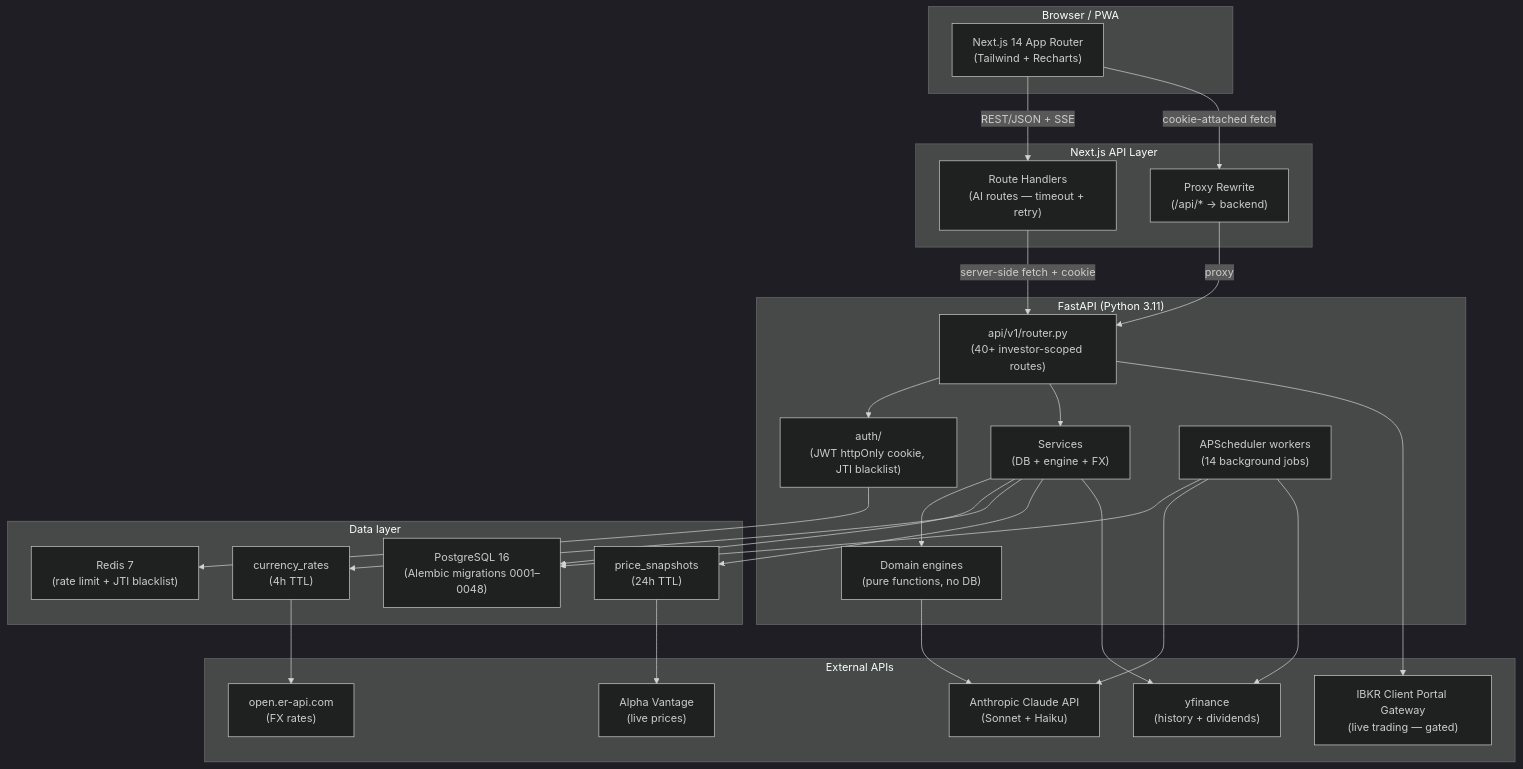
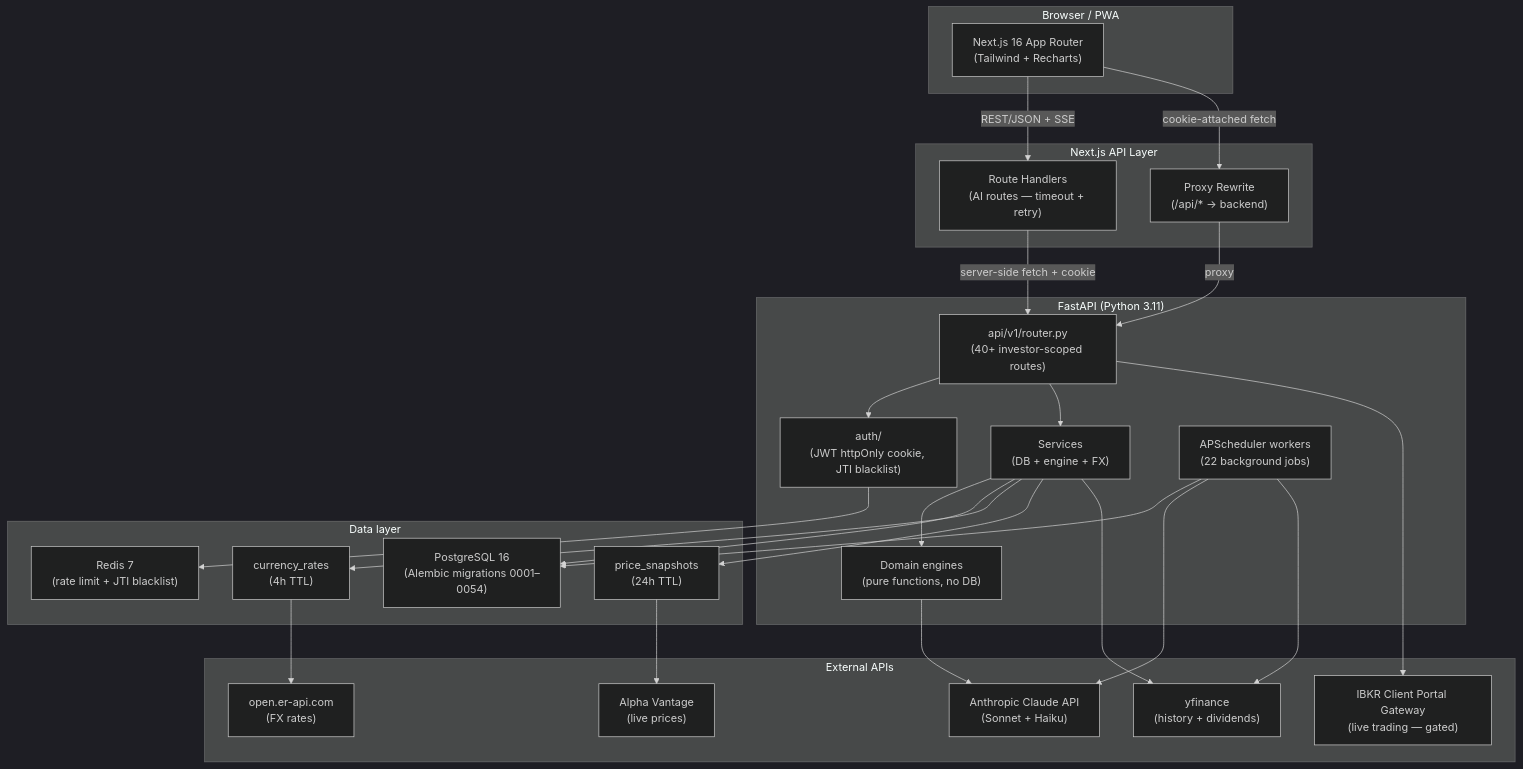
The diagram in docs/architecture.md (erezrozenbaum/tradeops), drawn with Mermaid (dark theme) before and after one commit. The commit also changed other lines of this file and 12 other files, not shown here.

````diff
--- a/docs/architecture.md
+++ b/docs/architecture.md
@@ -30,54 +30,54 @@
 ```mermaid
 flowchart TD
     subgraph Client["Browser / PWA"]
-        UI["Next.js 14 App Router\n(Tailwind + Recharts)"]
+        UI["Next.js 16 App Router\n(Tailwind + Recharts)"]
     end
 
     subgraph Gateway["Next.js API Layer"]
         RH["Route Handlers\n(AI routes — timeout + retry)"]
         PX["Proxy Rewrite\n(/api/* → backend)"]
     end
 
     subgraph Backend["FastAPI (Python 3.11)"]
         API["api/v1/router.py\n(40+ investor-scoped routes)"]
         AUTH["auth/\n(JWT httpOnly cookie, JTI blacklist)"]
         ENG["Domain engines\n(pure functions, no DB)"]
         SVC["Services\n(DB + engine + FX)"]
-        WRK["APScheduler workers\n(14 background jobs)"]
+        WRK["APScheduler workers\n(22 background jobs)"]
     end
 
     subgraph Data["Data layer"]
-        PG["PostgreSQL 16\n(Alembic migrations 0001–0048)"]
+        PG["PostgreSQL 16\n(Alembic migrations 0001–0054)"]
         RD["Redis 7\n(rate limit + JTI blacklist)"]
         PS["price_snapshots\n(24h TTL)"]
         FX["currency_rates\n(4h TTL)"]
     end
 
     subgraph External["External APIs"]
         AV["Alpha Vantage\n(live prices)"]
         YF["yfinance\n(history + dividends)"]
         AI["Anthropic Claude API\n(Sonnet + Haiku)"]
         ER["open.er-api.com\n(FX rates)"]
         IB["IBKR Client Portal Gateway\n(live trading — gated)"]
     end
 
     UI -->|REST/JSON + SSE| RH
     UI -->|cookie-attached fetch| PX
     RH -->|server-side fetch + cookie| API
     PX -->|proxy| API
     API --> AUTH
     AUTH --> RD
     API --> SVC
     SVC --> ENG
     SVC --> PG
     SVC --> FX
     SVC --> PS
     WRK --> PG
     WRK --> AI
     WRK --> YF
     ENG --> AI
     PS --> AV
     FX --> ER
     SVC --> YF
     API --> IB
 ```
````
